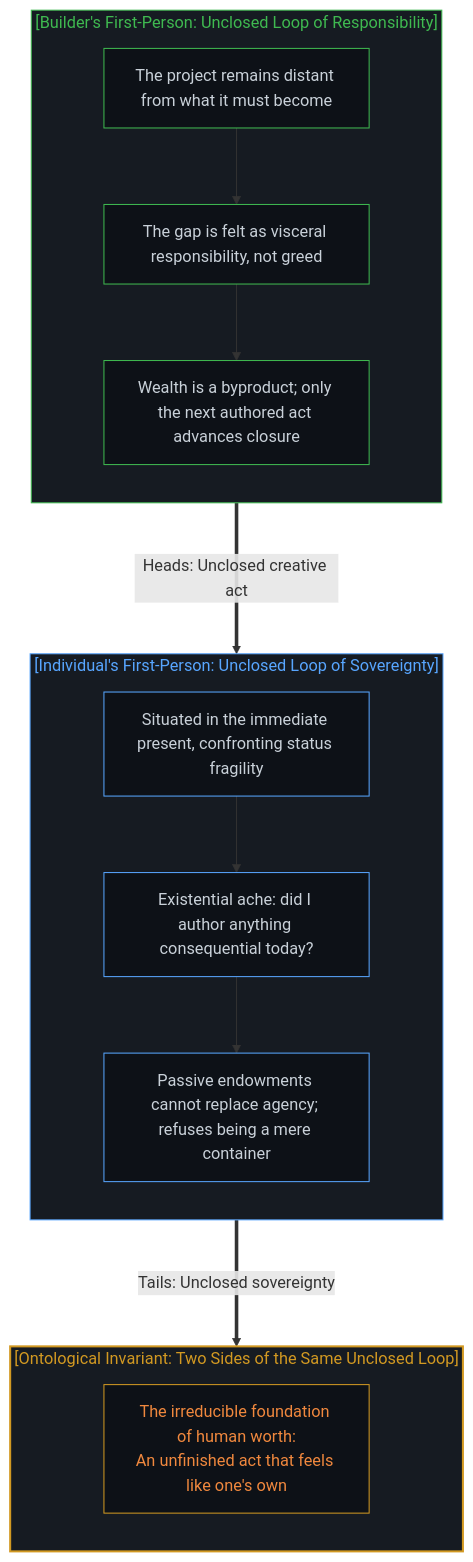
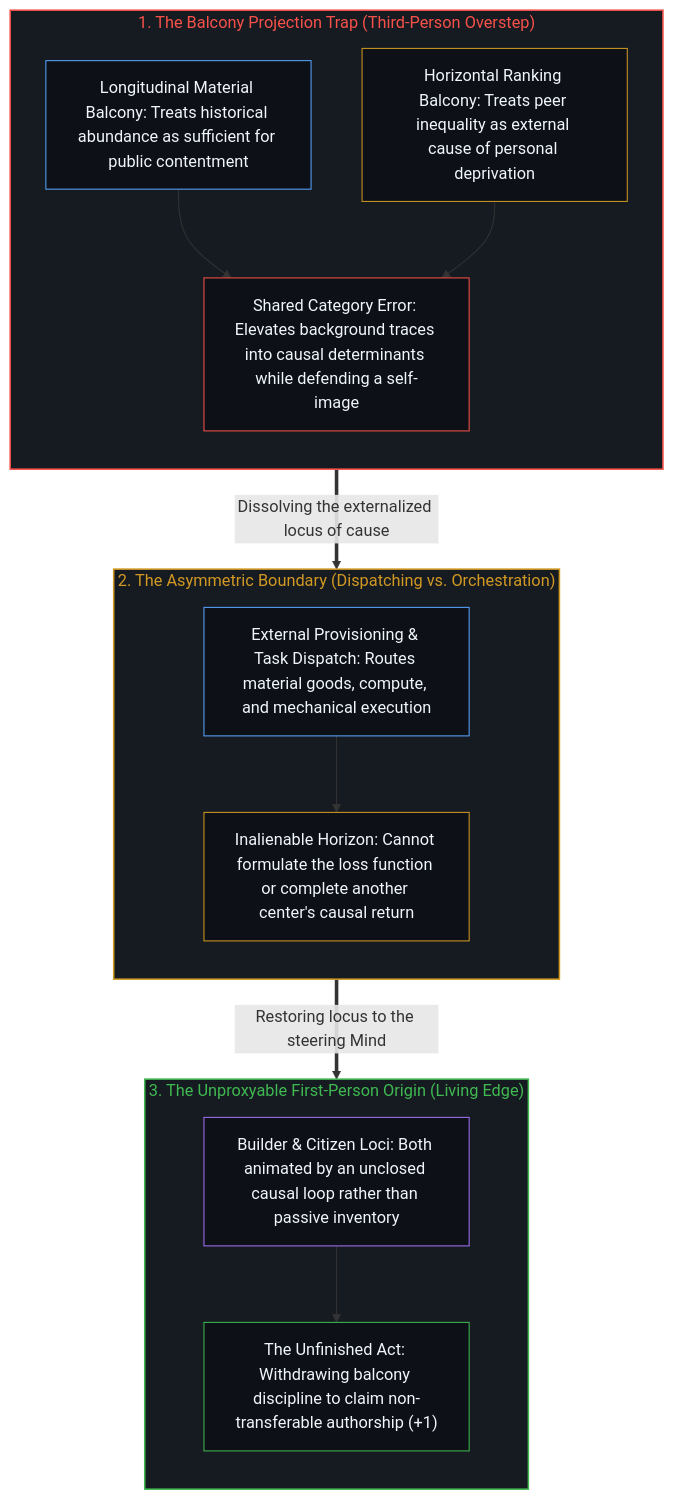
Before and after one commit to powerpig99/not-a-toe: the second of 2 diagrams in content/posts/the-balcony-disciplinary-overstep-and-the-unproxyable-act.md, drawn with Mermaid. The commit also changed other lines of this file and 1 other file, not shown here.

Commit message:
Refine L2 #162: the-balcony-disciplinary-overstep-and-the-unproxyable-act (Wave 3)

````diff
--- a/content/posts/the-balcony-disciplinary-overstep-and-the-unproxyable-act.md
+++ b/content/posts/the-balcony-disciplinary-overstep-and-the-unproxyable-act.md
@@ -280,37 +117,39 @@
 ```mermaid
-graph TD
-    subgraph Builder_FP_EN["[Builder's First-Person: Unclosed Loop of Responsibility]"]
+flowchart TD
+    subgraph S_Balcony["1. The Balcony Projection Trap (Third-Person Overstep)"]
         direction TB
-        B_Loop1_EN["The project remains distant from what it must become"]
-        B_Loop2_EN["The gap is felt as visceral responsibility, not greed"]
-        B_Loop3_EN["Wealth is a byproduct; only the next authored act advances closure"]
-        B_Loop1_EN --> B_Loop2_EN --> B_Loop3_EN
+        B_Long["Longitudinal Material Balcony: Treats historical abundance as sufficient for public contentment"]
+        B_Horiz["Horizontal Ranking Balcony: Treats peer inequality as external cause of personal deprivation"]
+        B_Error["Shared Category Error: Elevates background traces into causal determinants while defending a self-image"]
+        B_Long --> B_Error
+        B_Horiz --> B_Error
     end
 
-    subgraph Citizen_FP_EN["[Individual's First-Person: Unclosed Loop of Sovereignty]"]
+    subgraph S_Split["2. The Asymmetric Boundary (Dispatching vs. Orchestration)"]
         direction TB
-        C_Loop1_EN["Situated in the immediate present, confronting status fragility"]
-        C_Loop2_EN["Existential ache: did I author anything consequential today?"]
-        C_Loop3_EN["Passive endowments cannot replace agency; refuses being a mere container"]
-        C_Loop1_EN --> C_Loop2_EN --> C_Loop3_EN
+        D_Route["External Provisioning & Task Dispatch: Routes material goods, compute, and mechanical execution"]
+        D_Limit["Inalienable Horizon: Cannot formulate the loss function or complete another center's causal return"]
+        D_Route --> D_Limit
     end
 
-    subgraph Invariant_EN["[Ontological Invariant: Two Sides of the Same Unclosed Loop]"]
+    subgraph S_Origin["3. The Unproxyable First-Person Origin (Living Edge)"]
         direction TB
-        INV_EN["The irreducible foundation of human worth:<br/>An unfinished act that feels like one's own"]
+        O_Edge["Builder & Citizen Loci: Both animated by an unclosed causal loop rather than passive inventory"]
+        O_Act["The Unfinished Act: Withdrawing balcony discipline to claim non-transferable authorship (+1)"]
+        O_Edge --> O_Act
     end
 
-    Builder_FP_EN ===>|"Heads: Unclosed creative act"| Citizen_FP_EN
-    Citizen_FP_EN ===>|"Tails: Unclosed sovereignty"| Invariant_EN
+    B_Error ==>|"Dissolving the externalized locus of cause"| D_Route
+    D_Limit ==>|"Restoring locus to the steering Mind"| O_Edge
 
-    style Builder_FP_EN fill:#161b22,stroke:#3fb950,stroke-width:1px,color:#3fb950
-    style Citizen_FP_EN fill:#161b22,stroke:#58a6ff,stroke-width:1px,color:#58a6ff
-    style Invariant_EN fill:#161b22,stroke:#d29922,stroke-width:2px,color:#d29922
-    style B_Loop1_EN fill:#0d1117,stroke:#3fb950,stroke-width:1px,color:#c9d1d9
-    style B_Loop2_EN fill:#0d1117,stroke:#3fb950,stroke-width:1px,color:#c9d1d9
-    style B_Loop3_EN fill:#0d1117,stroke:#3fb950,stroke-width:1px,color:#c9d1d9
-    style C_Loop1_EN fill:#0d1117,stroke:#58a6ff,stroke-width:1px,color:#c9d1d9
-    style C_Loop2_EN fill:#0d1117,stroke:#58a6ff,stroke-width:1px,color:#c9d1d9
-    style C_Loop3_EN fill:#0d1117,stroke:#58a6ff,stroke-width:1px,color:#c9d1d9
-    style INV_EN fill:#0d1117,stroke:#d29922,stroke-width:1px,color:#f0883e
+    style S_Balcony fill:#161b22,stroke:#f85149,stroke-width:1.5px,color:#f85149
+    style S_Split fill:#161b22,stroke:#d29922,stroke-width:1.5px,color:#d29922
+    style S_Origin fill:#161b22,stroke:#3fb950,stroke-width:1.5px,color:#3fb950
+    style B_Long fill:#0d1117,stroke:#58a6ff,stroke-width:1px,color:#f0f6fc
+    style B_Horiz fill:#0d1117,stroke:#d29922,stroke-width:1px,color:#f0f6fc
+    style B_Error fill:#0d1117,stroke:#f85149,stroke-width:1px,color:#f0f6fc
+    style D_Route fill:#0d1117,stroke:#58a6ff,stroke-width:1px,color:#f0f6fc
+    style D_Limit fill:#0d1117,stroke:#d29922,stroke-width:1px,color:#f0f6fc
+    style O_Edge fill:#0d1117,stroke:#a371f7,stroke-width:1px,color:#f0f6fc
+    style O_Act fill:#0d1117,stroke:#3fb950,stroke-width:1px,color:#f0f6fc
 ```
````
